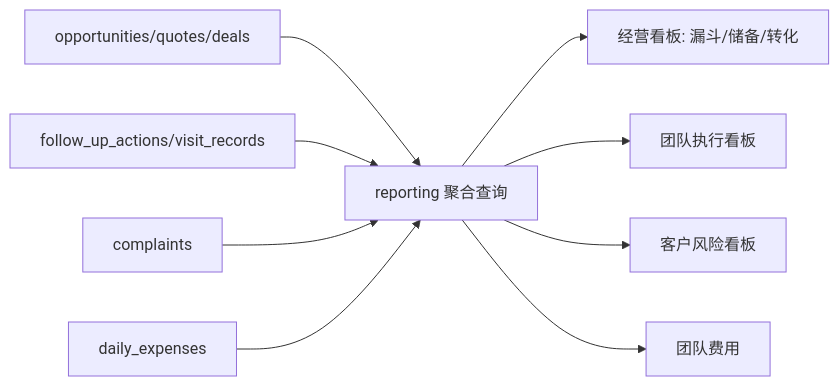
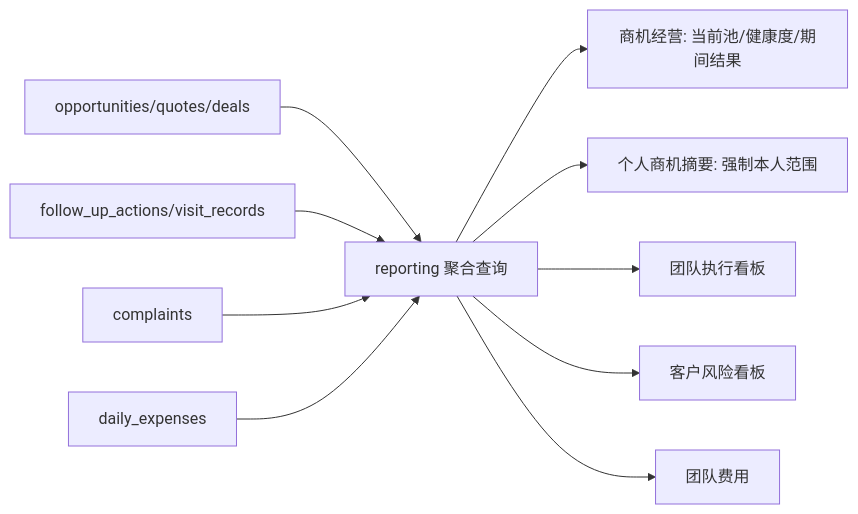
One commit to lixiname/LITECRM changed diagram 24 of 26 in docs/01-当前有效/重构架构决策与实施蓝图.md. Above: the diagram before and after it, drawn with Mermaid. The commit also changed other lines of this file and 18 other files, not shown here.

````diff
--- a/docs/01-当前有效/重构架构决策与实施蓝图.md
+++ b/docs/01-当前有效/重构架构决策与实施蓝图.md
@@ -1411,11 +1411,12 @@
 ```mermaid
 flowchart LR
     O[opportunities/quotes/deals] --> R[reporting 聚合查询]
     V[follow_up_actions/visit_records] --> R
     C[complaints] --> R
     E[daily_expenses] --> R
-    R --> Y[经营看板: 漏斗/储备/转化]
+    R --> Y[商机经营: 当前池/健康度/期间结果]
+    R --> P[个人商机摘要: 强制本人范围]
     R --> W[团队执行看板]
     R --> F[客户风险看板]
     R --> X[团队费用]
 ```
````
